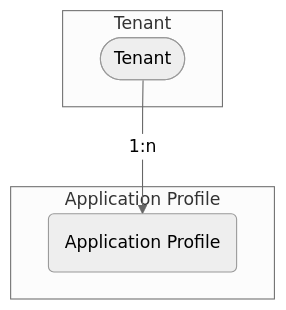
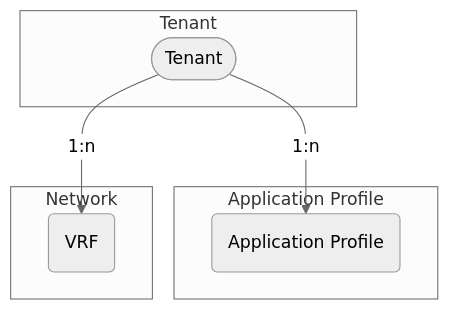
Before and after one commit to pheus/netbox-aci-plugin: the diagram in docs/features/tenants.md, drawn with Mermaid (neutral theme). The commit also changed other lines of this file and 1 other file, not shown here.

Commit message:
docs(vrf): Add docs for ACIVRF

````diff
--- a/docs/features/tenants.md
+++ b/docs/features/tenants.md
@@ -5,11 +5,15 @@
 ```mermaid
 flowchart TD
     TN([Tenant])
     AP(Application Profile)
+    VRF(VRF)
     subgraph graphTN [Tenant]
         TN
     end
     subgraph graphAP [Application Profile]
         TN -->|1:n| AP
     end
+    subgraph graphNW [Network]
+        TN -->|1:n| VRF
+    end
 ```
````
